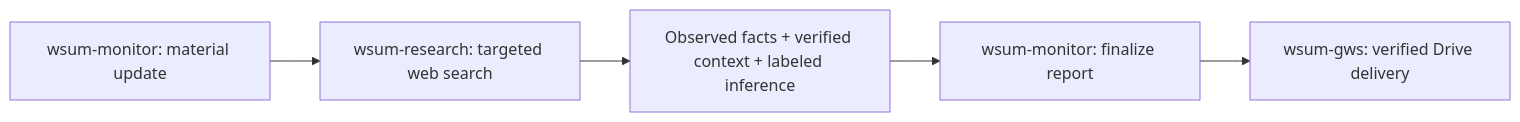
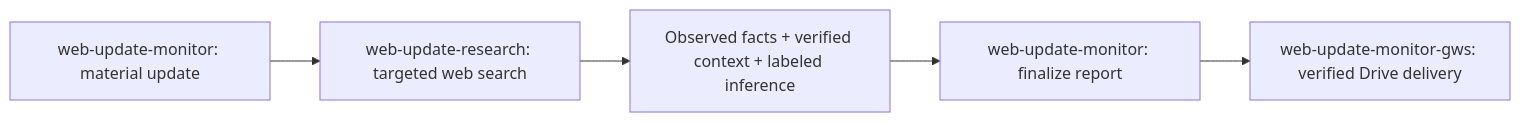
One commit to dceoy/wsum changed the second of 2 diagrams in README.md. Above: the diagram before and after it, drawn with Mermaid. The commit also changed other lines of this file and 18 other files, not shown here.

````diff
--- a/README.md
+++ b/README.md
@@ -54,7 +54,7 @@
 ```mermaid
 flowchart LR
-    MON["wsum-monitor: material update"] --> RESEARCH["wsum-research: targeted web search"]
+    MON["web-update-monitor: material update"] --> RESEARCH["web-update-research: targeted web search"]
     RESEARCH --> FACTS["Observed facts + verified context + labeled inference"]
-    FACTS --> FINAL["wsum-monitor: finalize report"]
-    FINAL --> GWS["wsum-gws: verified Drive delivery"]
+    FACTS --> FINAL["web-update-monitor: finalize report"]
+    FINAL --> GWS["web-update-monitor-gws: verified Drive delivery"]
 ```
````
